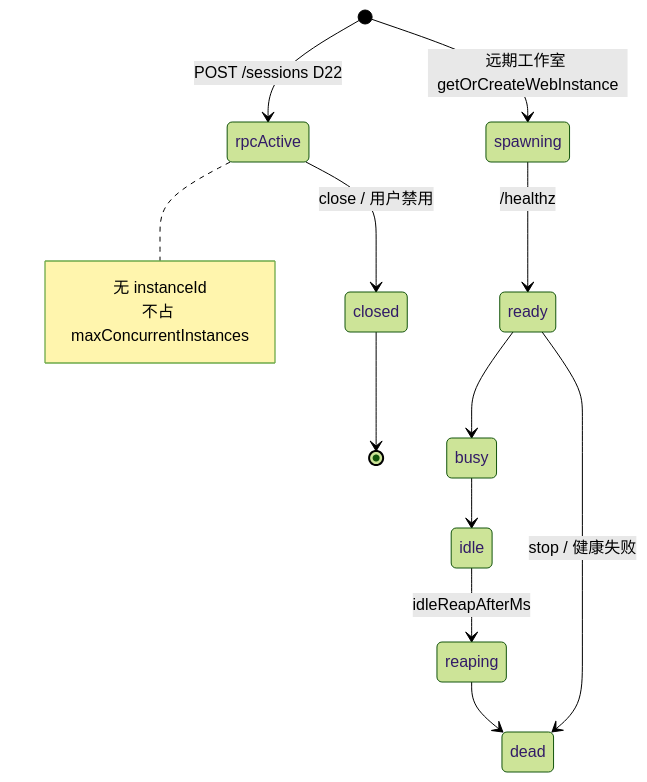
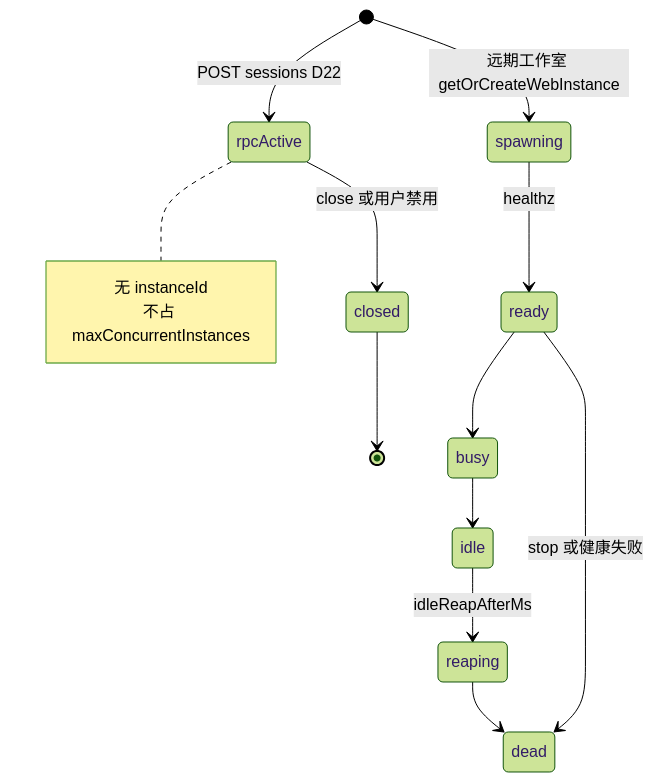
One commit to jackyqj/ai-agent-platform changed the tenth of 12 diagrams in docs/system-arch42.md. Above: the diagram before and after it, drawn with Mermaid (forest theme). The commit also changed other lines of this file, not shown here.

````diff
--- a/docs/system-arch42.md
+++ b/docs/system-arch42.md
@@ -526,19 +526,19 @@
 ```mermaid
 stateDiagram-v2
-  [*] --> rpcActive: POST /sessions D22
-  rpcActive --> closed: close / 用户禁用
+  [*] --> rpcActive: POST sessions D22
+  rpcActive --> closed: close 或用户禁用
   closed --> [*]
 
   note right of rpcActive
     无 instanceId
     不占 maxConcurrentInstances
   end note
 
   [*] --> spawning: 远期工作室 getOrCreateWebInstance
-  spawning --> ready: /healthz
+  spawning --> ready: healthz
   ready --> busy
   busy --> idle
   idle --> reaping: idleReapAfterMs
   reaping --> dead
-  ready --> dead: stop / 健康失败
+  ready --> dead: stop 或健康失败
 ```
````
